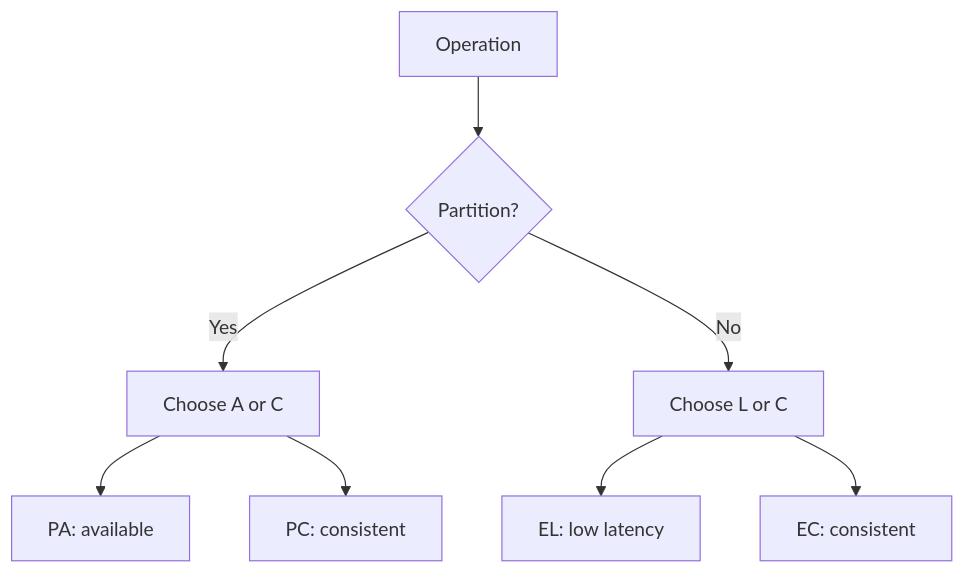
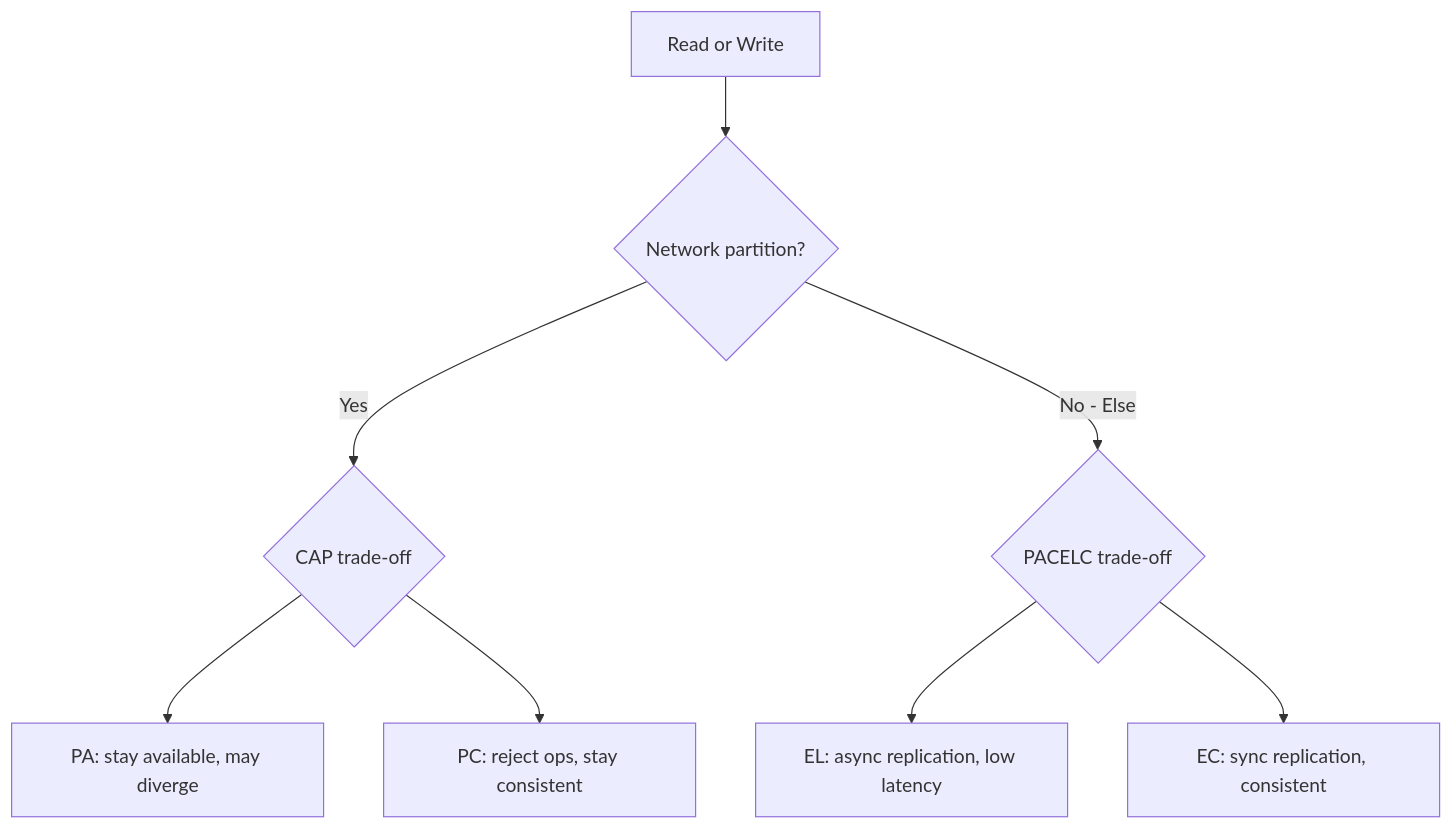
Diagram 17 of 27 in 04-distributed-system/README.md (hareramcse/SystemDesign), drawn with Mermaid before and after one commit. The commit also changed other lines of this file and 14 other files, not shown here.

````diff
--- a/04-distributed-system/README.md
+++ b/04-distributed-system/README.md
@@ -839,10 +1160,10 @@
 ```mermaid
 flowchart TB
-    Op[Operation] --> Part{Partition?}
-    Part -->|Yes| CAP[Choose A or C]
-    Part -->|No| PAC[Choose L or C]
-    CAP --> PA[PA: available]
-    CAP --> PC[PC: consistent]
-    PAC --> EL[EL: low latency]
-    PAC --> EC[EC: consistent]
+    Op[Read or Write] --> Part{Network partition?}
+    Part -->|Yes| CAP{CAP trade-off}
+    CAP --> PA[PA: stay available, may diverge]
+    CAP --> PC[PC: reject ops, stay consistent]
+    Part -->|No - Else| PAC{PACELC trade-off}
+    PAC --> EL[EL: async replication, low latency]
+    PAC --> EC[EC: sync replication, consistent]
 ```
````
